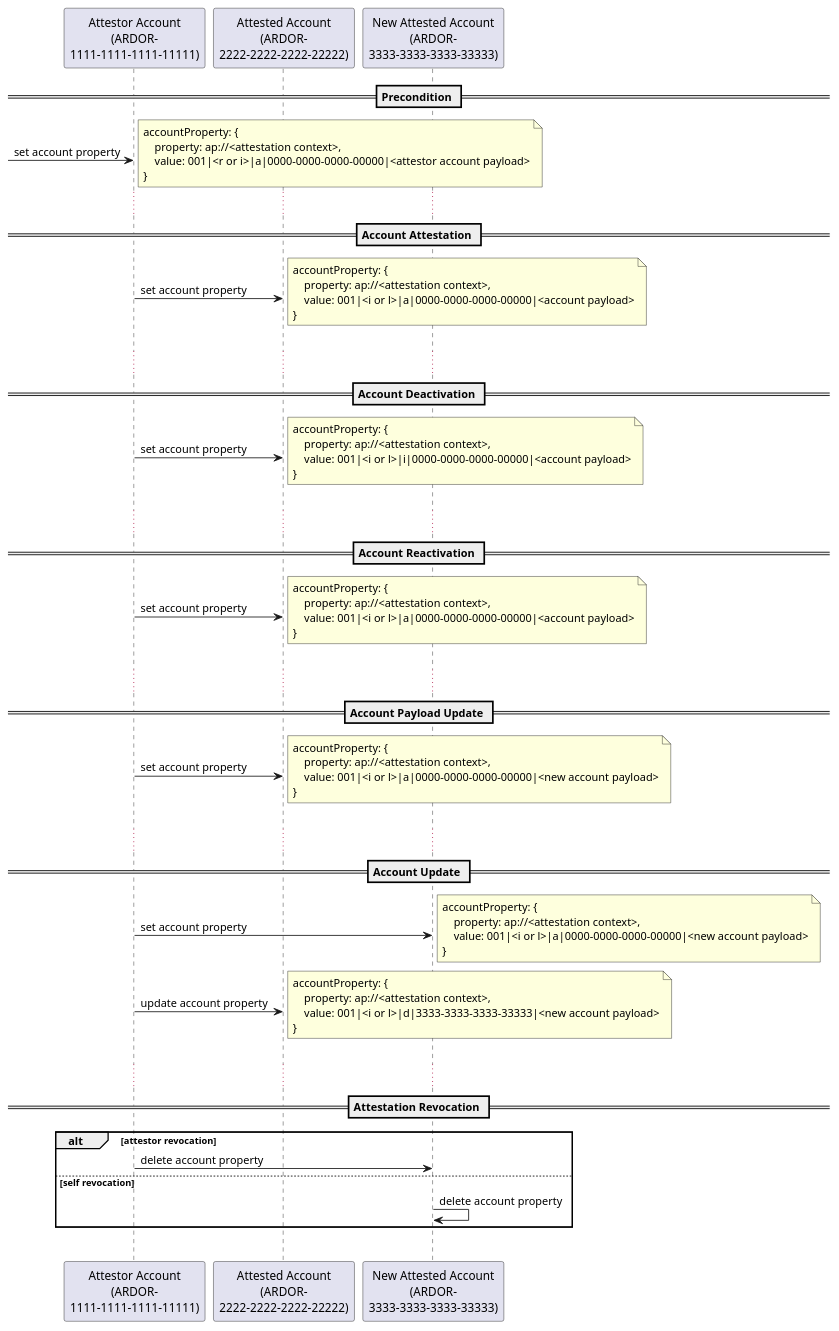
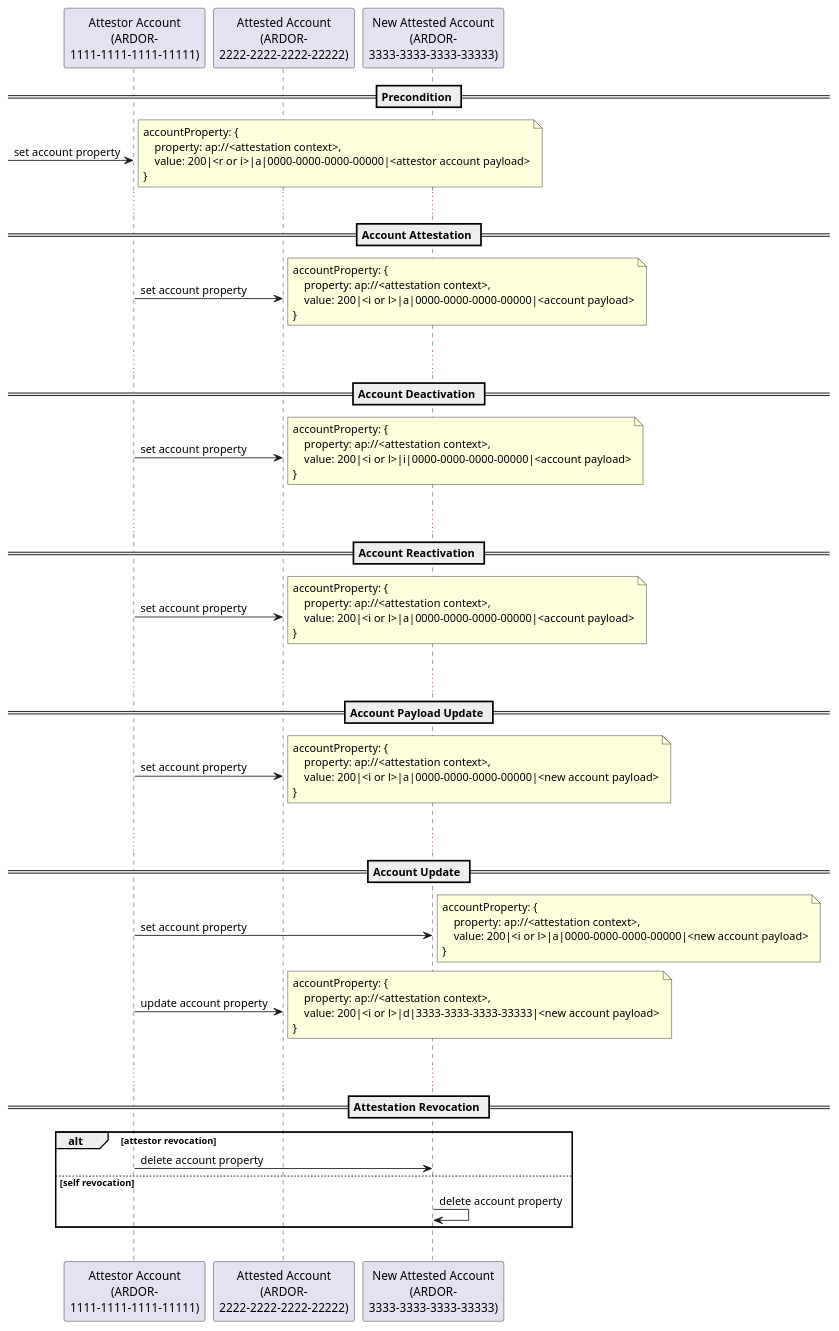
One commit to masterbtc/documentation-1 changed the diagram in docs/plantUml/src/attestation-protocol/protocol-attestation-workflow.puml. Above: the diagram before and after it, drawn with PlantUML. The commit also changed 4 other files, not shown here.

```diff
--- a/docs/plantUml/src/attestation-protocol/protocol-attestation-workflow.puml
+++ b/docs/plantUml/src/attestation-protocol/protocol-attestation-workflow.puml
@@ -18,105 +18,105 @@
 @startuml
 
 
 participant "Attestor Account\n(ARDOR-\n1111-1111-1111-11111)" as ATTE
 participant "Attested Account\n(ARDOR-\n2222-2222-2222-22222)" as CLAI
 participant "New Attested Account\n(ARDOR-\n3333-3333-3333-33333)" as NCLAI
 
 
 == Precondition ==
 
 [-> ATTE: set account property
 note right
     accountProperty: {
         property: ap://<attestation context>,
-        value: 001|<r or i>|a|0000-0000-0000-00000|<attestor account payload>
+        value: 200|<r or i>|a|0000-0000-0000-00000|<attestor account payload>
     }
 end note
 
 
 ...
 == Account Attestation ==
 
 ATTE -> CLAI: set account property
 note right
     accountProperty: {
         property: ap://<attestation context>,
-        value: 001|<i or l>|a|0000-0000-0000-00000|<account payload>
+        value: 200|<i or l>|a|0000-0000-0000-00000|<account payload>
     }
 end note
 |||
 
 
 ...
 == Account Deactivation ==
 
 ATTE -> CLAI: set account property
 note right
     accountProperty: {
         property: ap://<attestation context>,
-        value: 001|<i or l>|i|0000-0000-0000-00000|<account payload>
+        value: 200|<i or l>|i|0000-0000-0000-00000|<account payload>
     }
 end note
 |||
 
 
 ...
 == Account Reactivation ==
 
 ATTE -> CLAI: set account property
 note right
     accountProperty: {
         property: ap://<attestation context>,
-        value: 001|<i or l>|a|0000-0000-0000-00000|<account payload>
+        value: 200|<i or l>|a|0000-0000-0000-00000|<account payload>
     }
 end note
 |||
 
 
 ...
 == Account Payload Update ==
 
 ATTE -> CLAI: set account property
 note right
     accountProperty: {
         property: ap://<attestation context>,
-        value: 001|<i or l>|a|0000-0000-0000-00000|<new account payload>
+        value: 200|<i or l>|a|0000-0000-0000-00000|<new account payload>
     }
 end note
 |||
 
 
 ...
 == Account Update ==
 
 ATTE -> NCLAI: set account property
 note right
     accountProperty: {
         property: ap://<attestation context>,
-        value: 001|<i or l>|a|0000-0000-0000-00000|<new account payload>
+        value: 200|<i or l>|a|0000-0000-0000-00000|<new account payload>
     }
 end note
 
 
 ATTE -> CLAI: update account property
 note right
     accountProperty: {
         property: ap://<attestation context>,
-        value: 001|<i or l>|d|3333-3333-3333-33333|<new account payload>
+        value: 200|<i or l>|d|3333-3333-3333-33333|<new account payload>
     }
 end note
 |||
 
 
 ...
 == Attestation Revocation ==
 
 alt attestor revocation
     ATTE -> NCLAI: delete account property
 else self revocation
     NCLAI -> NCLAI: delete account property
 end
 |||
 
 
 @enduml
```
